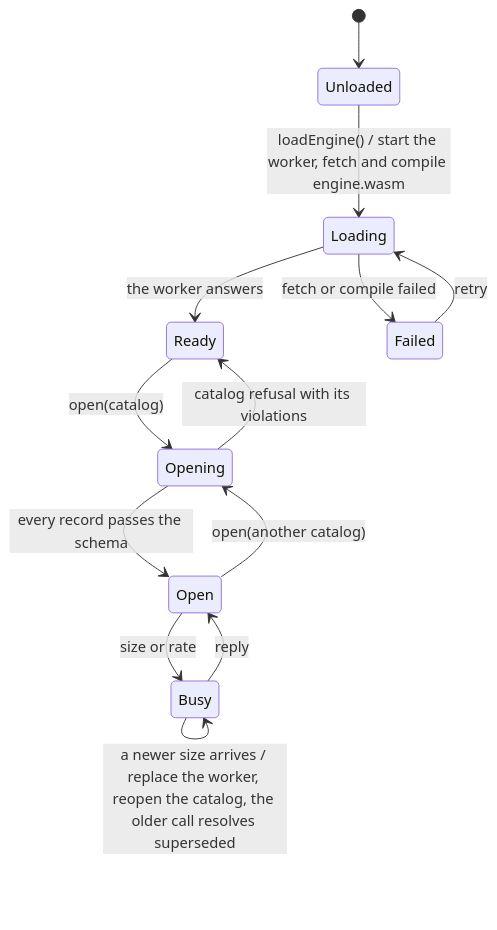
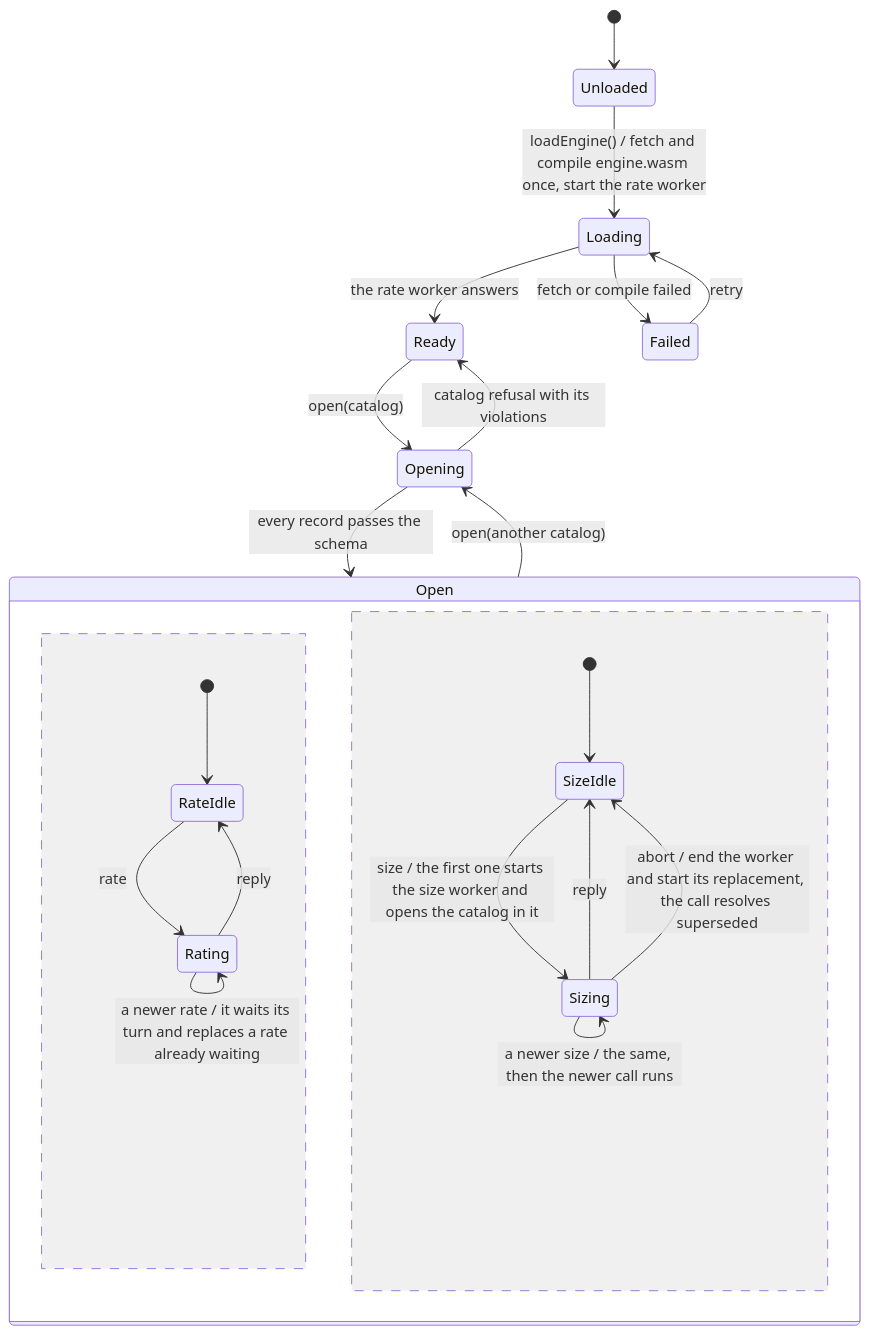
Before and after one commit to synergy-services-cooling-tower/drafthouse: the diagram in docs/architecture/restart/loading.md, drawn with Mermaid. The commit also changed other lines of this file and 9 other files, not shown here.

First line of the commit message:
docs(architecture): revise the restart ADR (#1)

````diff
--- a/docs/architecture/restart/loading.md
+++ b/docs/architecture/restart/loading.md
@@ -42,15 +45,24 @@
 ```mermaid
 stateDiagram-v2
   [*] --> Unloaded
-  Unloaded --> Loading: loadEngine() / start the worker, fetch and compile engine.wasm
-  Loading --> Ready: the worker answers
+  Unloaded --> Loading: loadEngine() / fetch and compile engine.wasm once, start the rate worker
+  Loading --> Ready: the rate worker answers
   Loading --> Failed: fetch or compile failed
   Failed --> Loading: retry
   Ready --> Opening: open(catalog)
+  Opening --> Ready: catalog refusal with its violations
   Opening --> Open: every record passes the schema
-  Opening --> Ready: catalog refusal with its violations
-  Open --> Busy: size or rate
-  Busy --> Open: reply
-  Busy --> Busy: a newer size arrives / replace the worker, reopen the catalog, the older call resolves superseded
   Open --> Opening: open(another catalog)
+  state Open {
+    [*] --> RateIdle
+    RateIdle --> Rating: rate
+    Rating --> RateIdle: reply
+    Rating --> Rating: a newer rate / it waits its turn and replaces a rate already waiting
+    --
+    [*] --> SizeIdle
+    SizeIdle --> Sizing: size / the first one starts the size worker and opens the catalog in it
+    Sizing --> SizeIdle: reply
+    Sizing --> SizeIdle: abort / end the worker and start its replacement, the call resolves superseded
+    Sizing --> Sizing: a newer size / the same, then the newer call runs
+  }
 ```
````
